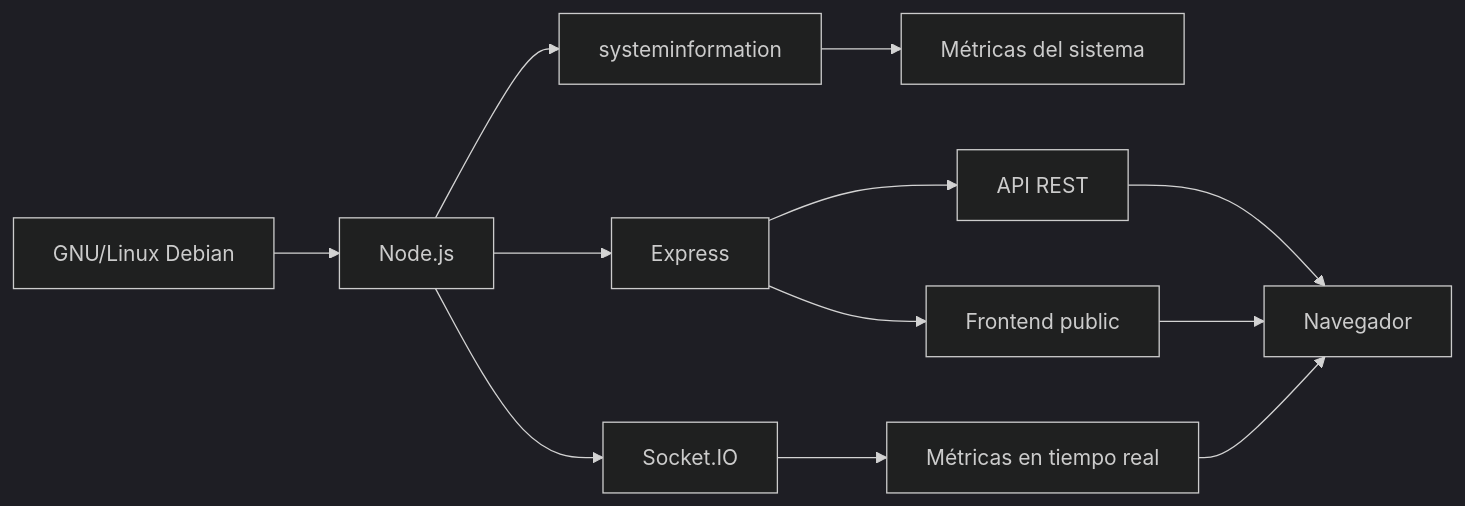
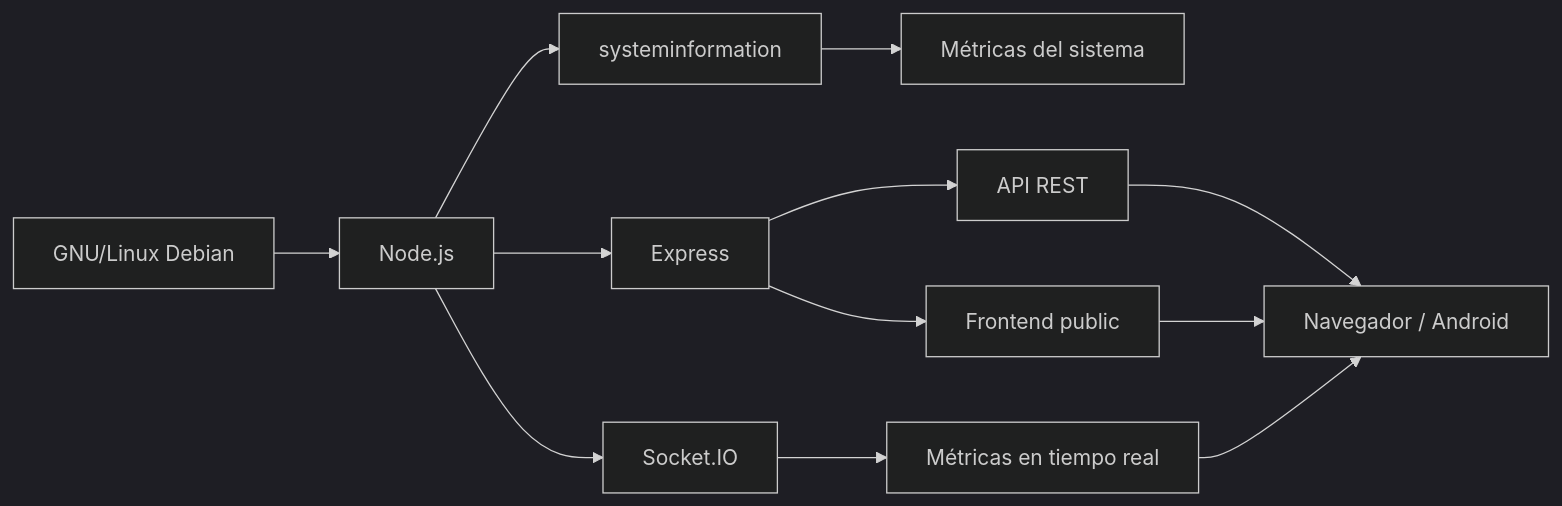
Before and after one commit to frxxn-linuxadmin/linuxguard-noc: the diagram in README.md, drawn with Mermaid (dark theme). The commit also changed other lines of this file, not shown here.

````diff
--- a/README.md
+++ b/README.md
@@ -26,20 +26,20 @@
 ```mermaid
 flowchart LR
 
     A[GNU/Linux Debian] --> B[Node.js]
 
     B --> C[systeminformation]
     B --> D[Express]
     B --> E[Socket.IO]
 
     C --> F[Métricas del sistema]
 
     D --> G[API REST]
     D --> H[Frontend public]
 
     E --> I[Métricas en tiempo real]
 
-    G --> J[Navegador]
+    G --> J[Navegador / Android]
     H --> J
     I --> J
 ```
````
